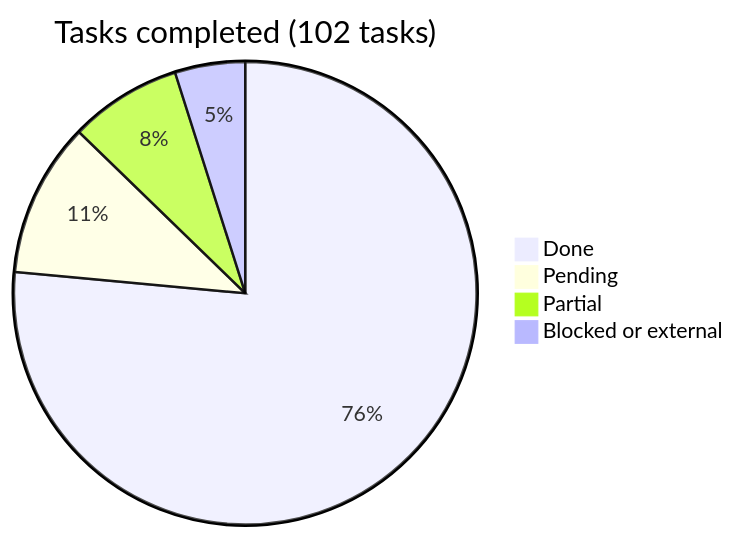
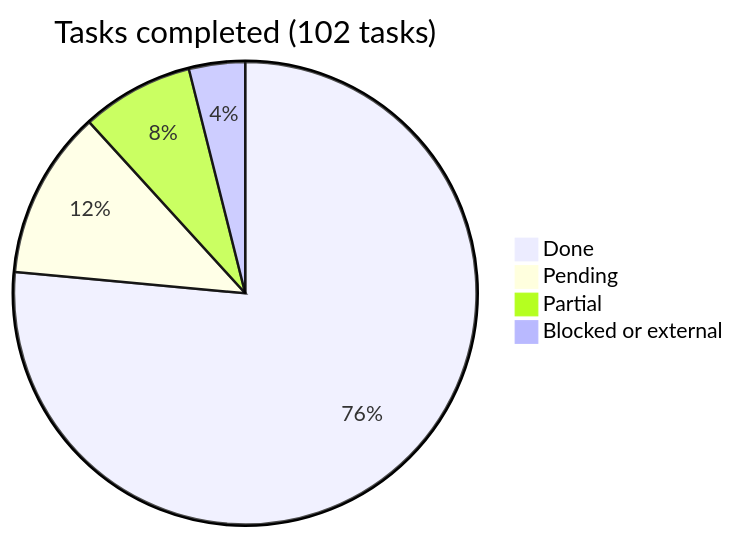
One commit to araguaney-lat/araguaney-app changed the diagram in docs/roadmap/README.md. Above: the diagram before and after it, drawn with Mermaid. The commit also changed other lines of this file and 8 other files, not shown here.

````diff
--- a/docs/roadmap/README.md
+++ b/docs/roadmap/README.md
@@ -16,7 +16,7 @@
 ```mermaid
 pie title Tasks completed (102 tasks)
     "Done" : 78
-    "Pending" : 11
+    "Pending" : 12
     "Partial" : 8
-    "Blocked or external" : 5
+    "Blocked or external" : 4
 ```
````
